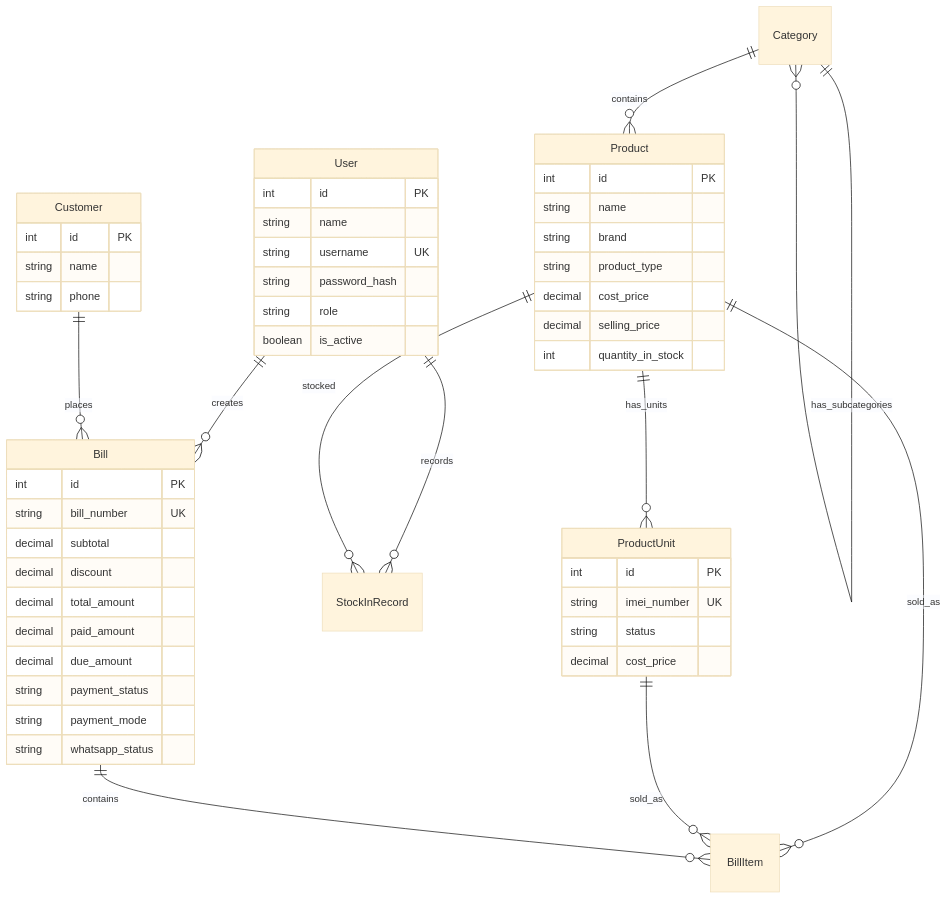
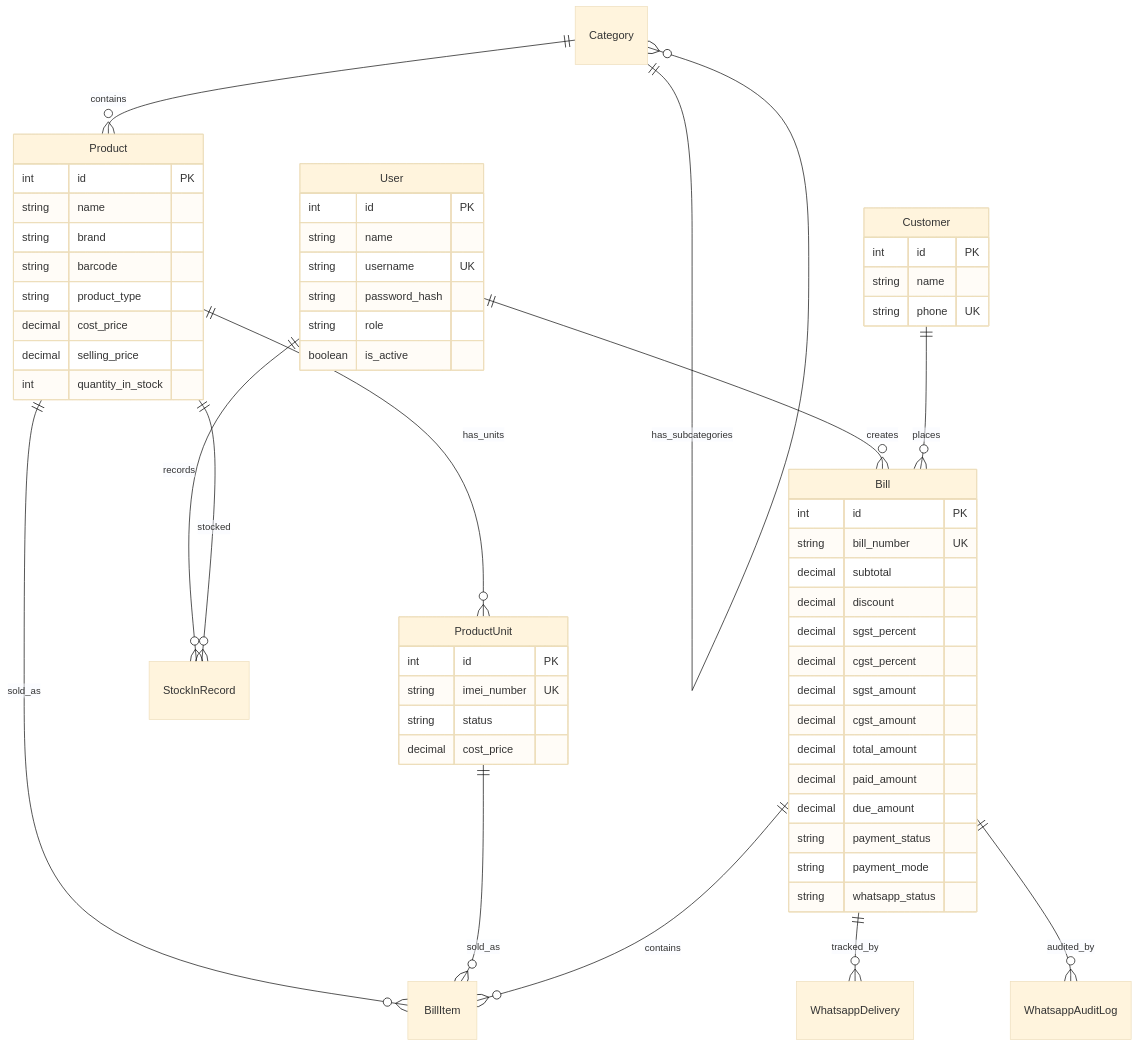
One commit to shrikrishnacomputer-lalitmenariya/Inventory-and-Billing-System changed the diagram in README.md. Above: the diagram before and after it, drawn with Mermaid (base theme). The commit also changed other lines of this file and 51 other files, not shown here.

````diff
--- a/README.md
+++ b/README.md
@@ -163,54 +245,61 @@
 ```mermaid
 erDiagram
     User ||--o{ Bill : creates
     User ||--o{ StockInRecord : records
     Category ||--o{ Product : contains
     Category ||--o{ Category : has_subcategories
     Product ||--o{ ProductUnit : has_units
     Product ||--o{ BillItem : sold_as
     Product ||--o{ StockInRecord : stocked
     ProductUnit ||--o{ BillItem : sold_as
     Customer ||--o{ Bill : places
     Bill ||--o{ BillItem : contains
+    Bill ||--o{ WhatsappDelivery : tracked_by
+    Bill ||--o{ WhatsappAuditLog : audited_by
 
     User {
         int id PK
         string name
         string username UK
         string password_hash
         string role
         boolean is_active
     }
     Customer {
         int id PK
         string name
-        string phone
+        string phone UK
     }
     Bill {
         int id PK
         string bill_number UK
         decimal subtotal
         decimal discount
+        decimal sgst_percent
+        decimal cgst_percent
+        decimal sgst_amount
+        decimal cgst_amount
         decimal total_amount
         decimal paid_amount
         decimal due_amount
         string payment_status
         string payment_mode
         string whatsapp_status
     }
     Product {
         int id PK
         string name
         string brand
+        string barcode
         string product_type
         decimal cost_price
         decimal selling_price
         int quantity_in_stock
     }
     ProductUnit {
         int id PK
         string imei_number UK
         string status
         decimal cost_price
     }
 ```
````
